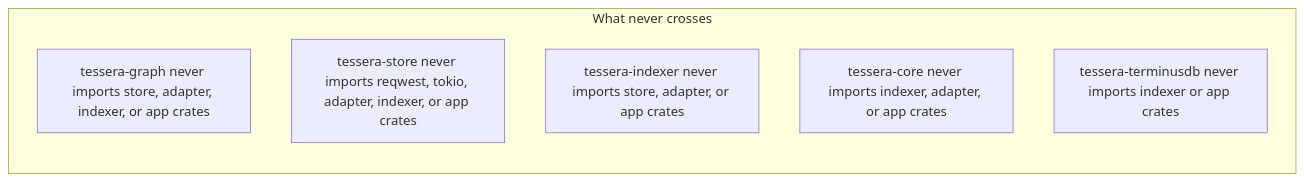
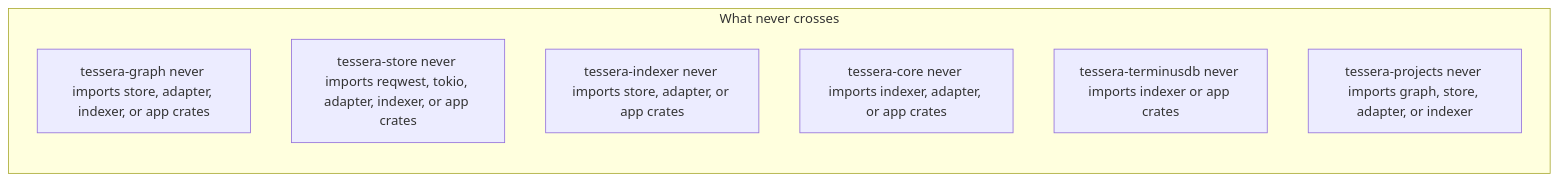
One commit to bluebird-labs/tessera changed the fourth of 4 diagrams in ARCHITECTURE.md. Above: the diagram before and after it, drawn with Mermaid. The commit also changed other lines of this file and 2 other files, not shown here.

First line of the commit message:
docs: resync CLAUDE.md, README, and ARCHITECTURE with the workspace (#23)

````diff
--- a/ARCHITECTURE.md
+++ b/ARCHITECTURE.md
@@ -90,11 +102,12 @@
 ```mermaid
 graph TB
     subgraph "What never crosses"
         direction TB
         N1["tessera-graph never imports store, adapter, indexer, or app crates"]
         N2["tessera-store never imports reqwest, tokio, adapter, indexer, or app crates"]
         N3["tessera-indexer never imports store, adapter, or app crates"]
         N4["tessera-core never imports indexer, adapter, or app crates"]
         N5["tessera-terminusdb never imports indexer or app crates"]
+        N6["tessera-projects never imports graph, store, adapter, or indexer"]
     end
 ```
````
